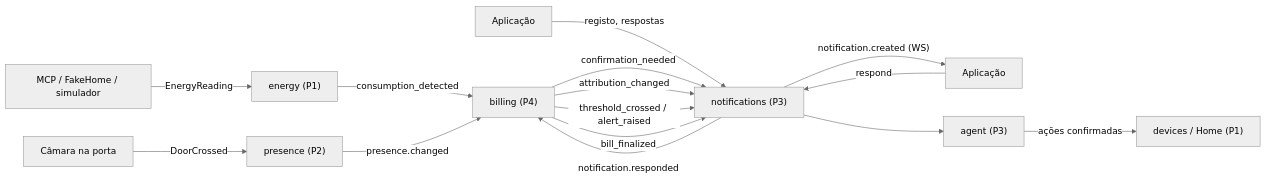
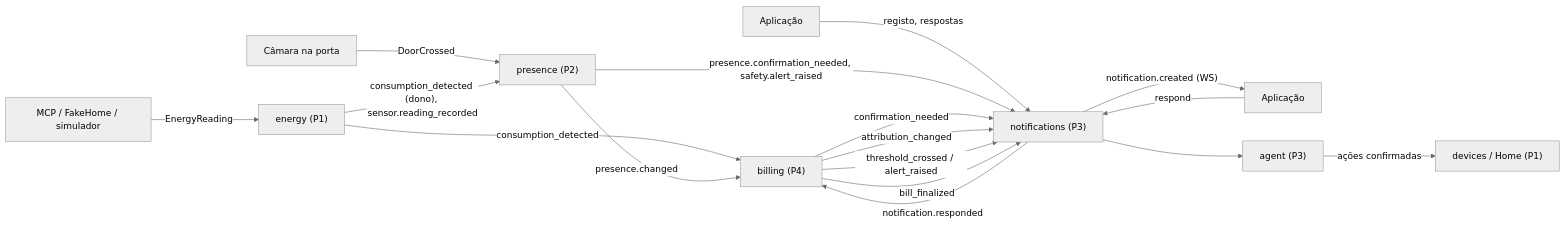
The first of 5 diagrams in docs/architecture/event-flow.md (souofrancisco/homemind), drawn with Mermaid (neutral theme) before and after one commit. The commit also changed 14 other files, not shown here.

````diff
--- a/docs/architecture/event-flow.md
+++ b/docs/architecture/event-flow.md
@@ -7,18 +7,20 @@
 ```mermaid
 flowchart LR
   MCP["MCP / FakeHome / simulador"] -->|"EnergyReading"| E["energy (P1)"]
   CAM["Câmara na porta"] -->|"DoorCrossed"| P["presence (P2)"]
   APP["Aplicação"] -->|"registo, respostas"| N["notifications (P3)"]
 
   E -->|"consumption_detected"| B["billing (P4)"]
   P -->|"presence.changed"| B
+  E -->|"consumption_detected (dono), sensor.reading_recorded"| P
+  P -->|"presence.confirmation_needed, safety.alert_raised"| N
   B -->|"confirmation_needed"| N
   N -->|"notification.created (WS)"| UI["Aplicação"]
   UI -->|"respond"| N
   N -->|"notification.responded"| B
   B -->|"attribution_changed"| N
   B -->|"threshold_crossed / alert_raised"| N
   B -->|"bill_finalized"| N
   A["agent (P3)"] -->|"ações confirmadas"| H["devices / Home (P1)"]
   N --> A
 ```
````
